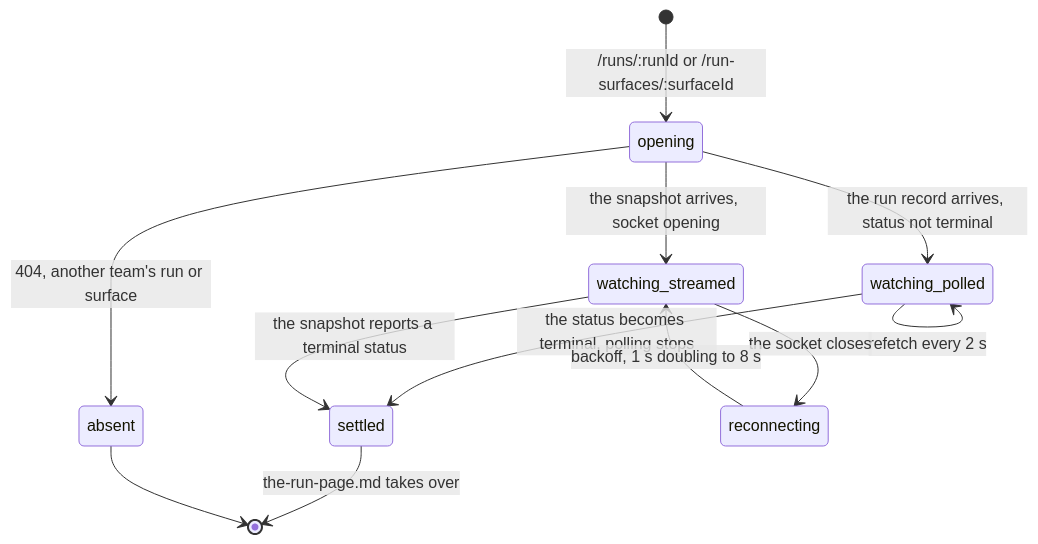
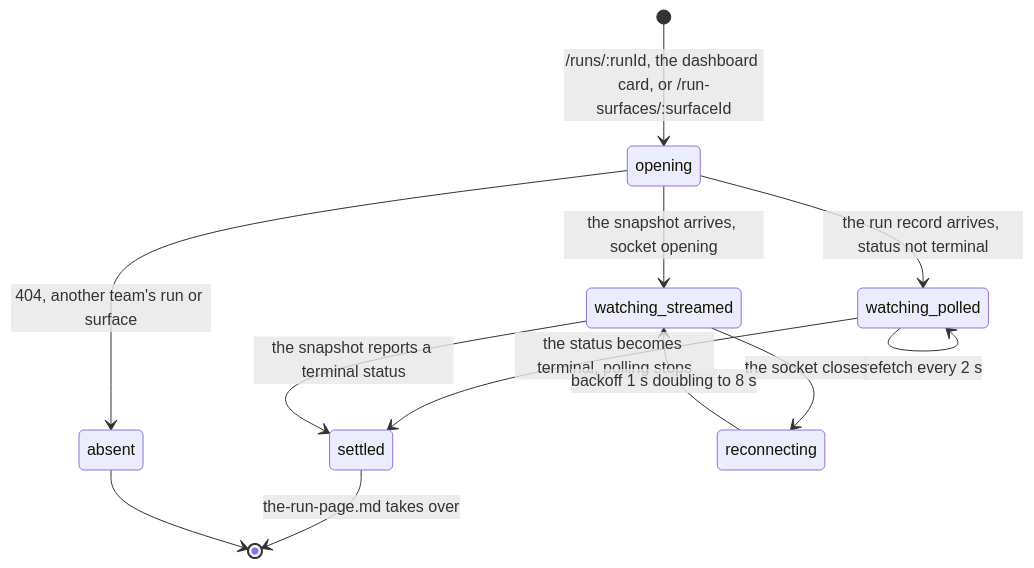
One commit to SamGu-NRX/CogPortal changed the diagram in docs/product-description/portal/watching-a-run.md. Above: the diagram before and after it, drawn with Mermaid. The commit also changed other lines of this file and 41 other files, not shown here.

````diff
--- a/docs/product-description/portal/watching-a-run.md
+++ b/docs/product-description/portal/watching-a-run.md
@@ -47,14 +39,14 @@
 ```mermaid
 stateDiagram-v2
-    [*] --> opening : /runs/:runId or /run-surfaces/:surfaceId
+    [*] --> opening : /runs/:runId, the dashboard card, or /run-surfaces/:surfaceId
     opening --> absent : 404, another team's run or surface
     opening --> watching_polled : the run record arrives, status not terminal
     opening --> watching_streamed : the snapshot arrives, socket opening
     watching_polled --> watching_polled : refetch every 2 s
     watching_polled --> settled : the status becomes terminal, polling stops
     watching_streamed --> reconnecting : the socket closes
-    reconnecting --> watching_streamed : backoff, 1 s doubling to 8 s
+    reconnecting --> watching_streamed : backoff 1 s doubling to 8 s
     watching_streamed --> settled : the snapshot reports a terminal status
     settled --> [*] : the-run-page.md takes over
     absent --> [*]
 ```
````
